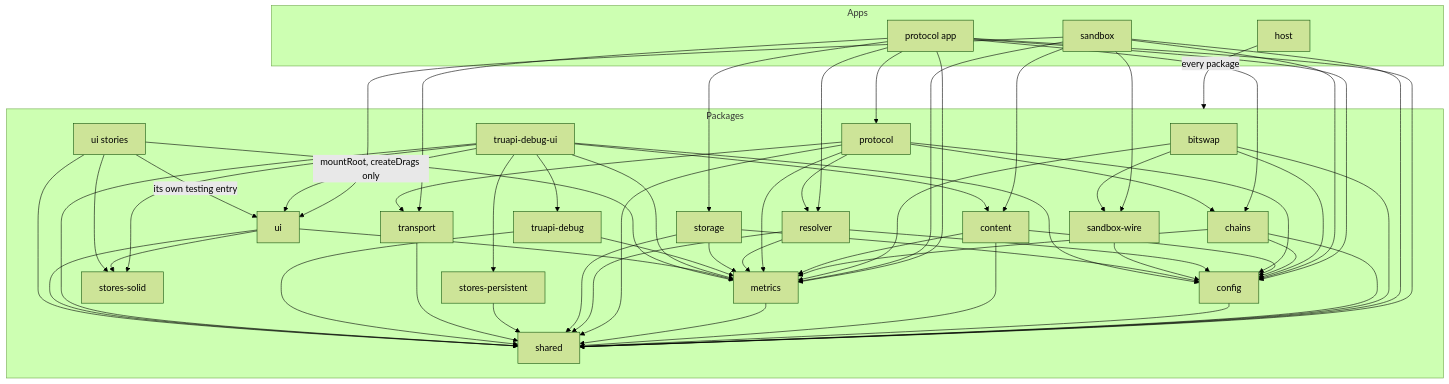
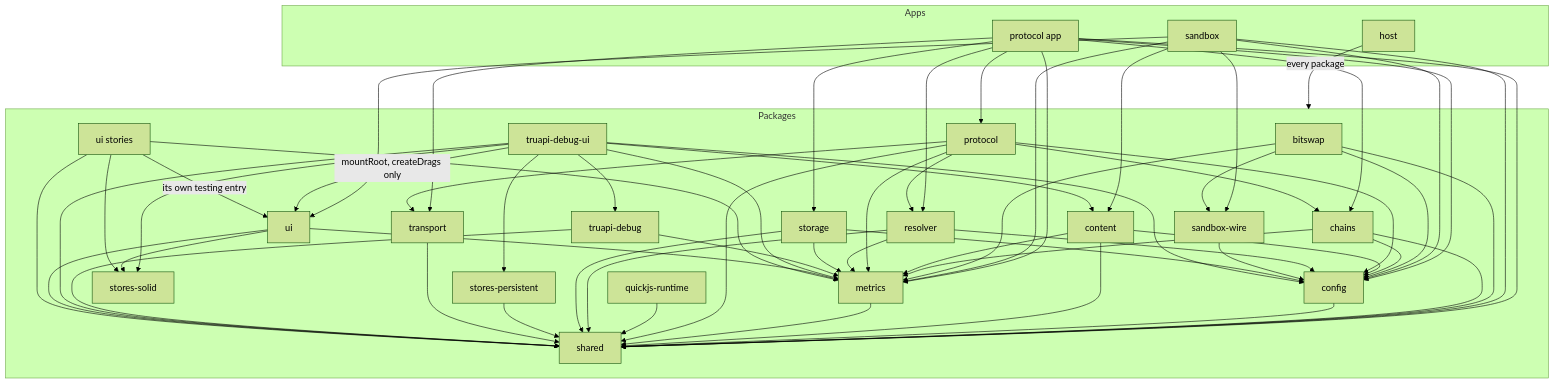
The first of 2 diagrams in docs/code/placement.md (paritytech/dotli-community), drawn with Mermaid (forest theme) before and after one commit. The commit also changed other lines of this file and 13 other files, not shown here.

First line of the commit message:
feat(quickjs-runtime): a domain-free QuickJS VM with a byte port

````diff
--- a/docs/code/placement.md
+++ b/docs/code/placement.md
@@ -18,48 +18,50 @@
 ```mermaid
 flowchart TD
   subgraph apps [Apps]
     host[host]
     protocolApp[protocol app]
     sandbox[sandbox]
   end
   subgraph packages [Packages]
     bitswap[bitswap]
     chains[chains]
     config[config]
     content[content]
     metrics[metrics]
     protocol[protocol]
+    quickjsRuntime[quickjs-runtime]
     resolver[resolver]
     sandboxWire[sandbox-wire]
     shared[shared]
     storage[storage]
     storesPersistent[stores-persistent]
     storesSolid[stores-solid]
     transport[transport]
     truapiDebug[truapi-debug]
     truapiDebugUi[truapi-debug-ui]
     ui[ui]
     uiStories[ui stories]
   end
   host -->|every package| packages
   protocolApp --> chains & config & metrics & protocol & resolver & shared & storage & transport
   sandbox --> config & content & metrics & sandboxWire & shared & ui
   bitswap --> config & metrics & sandboxWire & shared
   chains --> config & metrics & shared
   config --> shared
   content --> config & metrics & shared
   metrics --> shared
   protocol --> chains & config & metrics & resolver & shared & transport
+  quickjsRuntime --> shared
   resolver --> config & metrics & shared
   sandboxWire --> config
   storage --> config & metrics & shared
   storesPersistent --> shared
   transport --> shared
   truapiDebug --> metrics & shared
   truapiDebugUi --> config & content & metrics & shared & truapiDebug
   truapiDebugUi --> storesSolid & storesPersistent
   truapiDebugUi -->|mountRoot, createDrags only| ui
   ui --> metrics & shared & storesSolid
   uiStories --> metrics & shared & storesSolid
   uiStories -->|its own testing entry| ui
 ```
````
